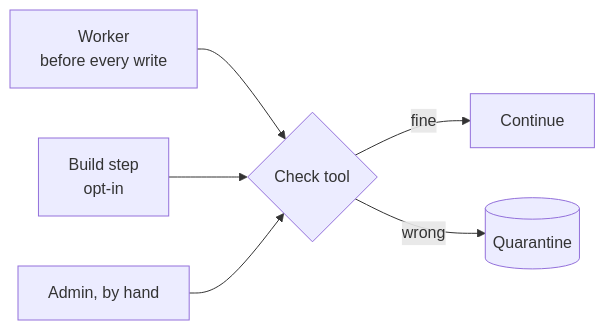
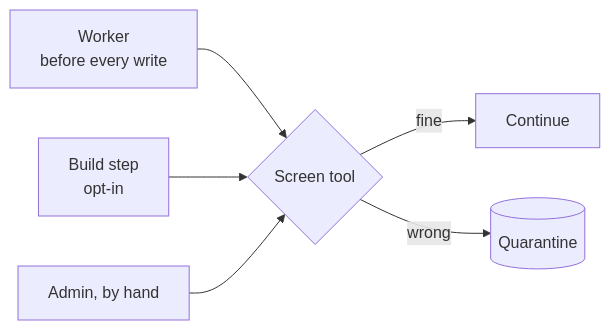
The third of 5 diagrams in docs/architecture.md (bristweb/yafidb), drawn with Mermaid before and after one commit. The commit also changed other lines of this file and 29 other files, not shown here.

First line of the commit message:
Rename check to screen

````diff
--- a/docs/architecture.md
+++ b/docs/architecture.md
@@ -114,8 +114,8 @@
 ```mermaid
 flowchart LR
-    W[Worker<br/>before every write] --> C{Check tool}
+    W[Worker<br/>before every write] --> C{Screen tool}
     B[Build step<br/>opt-in] --> C
     A[Admin, by hand] --> C
     C -->|fine| OK[Continue]
     C -->|wrong| Q[(Quarantine)]
 ```
````
